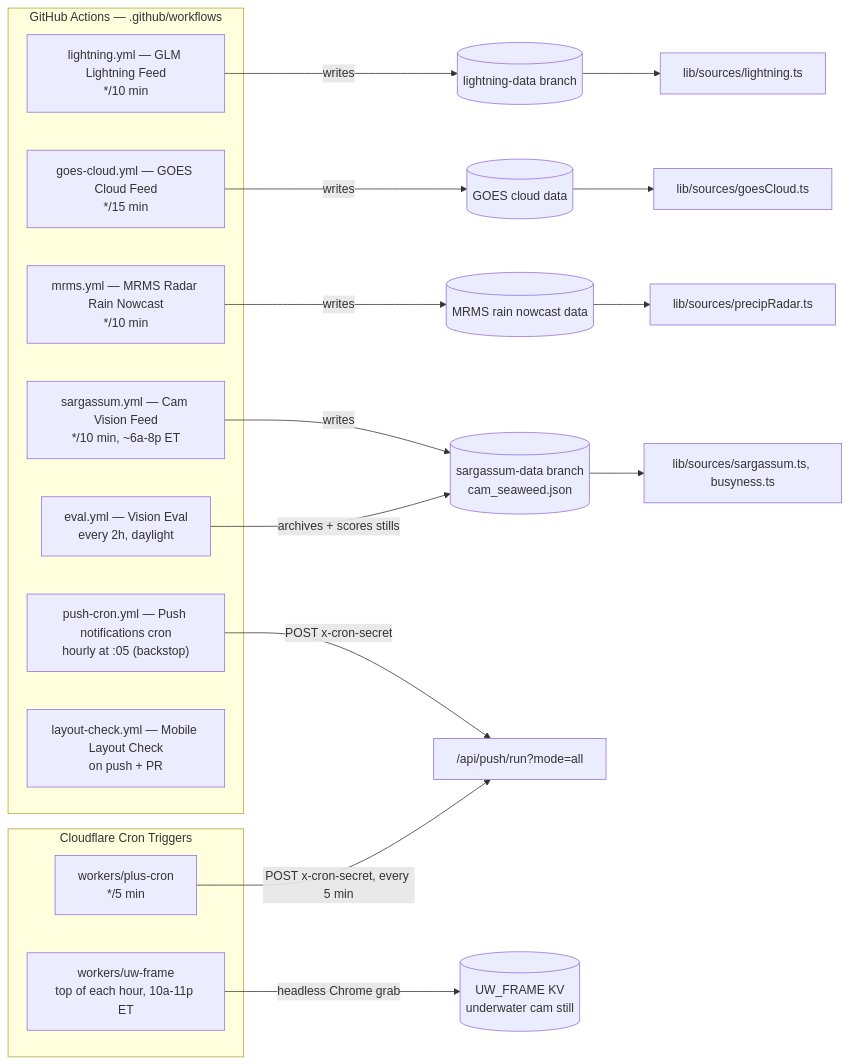
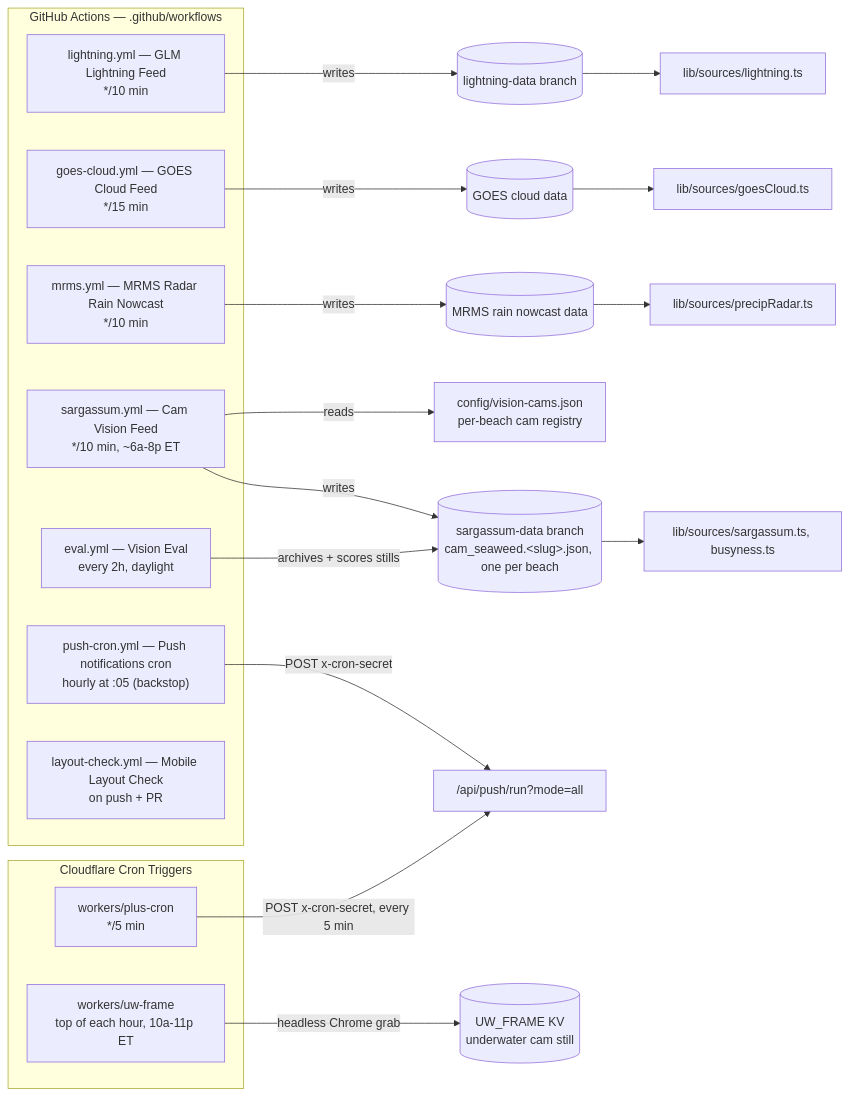
One commit to jayfrid-bot/bocabeach changed the second of 3 diagrams in docs/architecture.md. Above: the diagram before and after it, drawn with Mermaid. The commit also changed other lines of this file and 10 other files, not shown here.

First line of the commit message:
Cam vision pipeline: per-beach cams, busyness, seaweed, water clarity

````diff
--- a/docs/architecture.md
+++ b/docs/architecture.md
@@ -57,32 +57,33 @@
 ```mermaid
 flowchart LR
   subgraph gh [GitHub Actions — .github/workflows]
     LGT["lightning.yml — GLM Lightning Feed<br/>*/10 min"]
     GOES["goes-cloud.yml — GOES Cloud Feed<br/>*/15 min"]
     MRMS["mrms.yml — MRMS Radar Rain Nowcast<br/>*/10 min"]
     SARG["sargassum.yml — Cam Vision Feed<br/>*/10 min, ~6a-8p ET"]
     EVAL["eval.yml — Vision Eval<br/>every 2h, daylight"]
     PUSHCRON["push-cron.yml — Push notifications cron<br/>hourly at :05 (backstop)"]
     LAYOUT["layout-check.yml — Mobile Layout Check<br/>on push + PR"]
   end
 
   subgraph cf [Cloudflare Cron Triggers]
     PLUSCRON["workers/plus-cron<br/>*/5 min"]
     UWFRAME["workers/uw-frame<br/>top of each hour, 10a-11p ET"]
   end
 
   LGT -->|writes| LDATA[(lightning-data branch)]
-  SARG -->|writes| SDATA[(sargassum-data branch<br/>cam_seaweed.json)]
+  SARG -->|reads| VCAMS[config/vision-cams.json<br/>per-beach cam registry]
+  SARG -->|writes| SDATA[(sargassum-data branch<br/>cam_seaweed.&lt;slug&gt;.json, one per beach)]
   GOES -->|writes| GDATA[(GOES cloud data)]
   MRMS -->|writes| MDATA[(MRMS rain nowcast data)]
   EVAL -->|archives + scores stills| SDATA
 
   LDATA --> SOURCES2[lib/sources/lightning.ts]
   SDATA --> SOURCES3[lib/sources/sargassum.ts, busyness.ts]
   GDATA --> SOURCES4[lib/sources/goesCloud.ts]
   MDATA --> SOURCES5[lib/sources/precipRadar.ts]
 
   PUSHCRON -->|POST x-cron-secret| RUN["/api/push/run?mode=all"]
   PLUSCRON -->|POST x-cron-secret, every 5 min| RUN
   UWFRAME -->|headless Chrome grab| UWKV[(UW_FRAME KV<br/>underwater cam still)]
 ```
````
